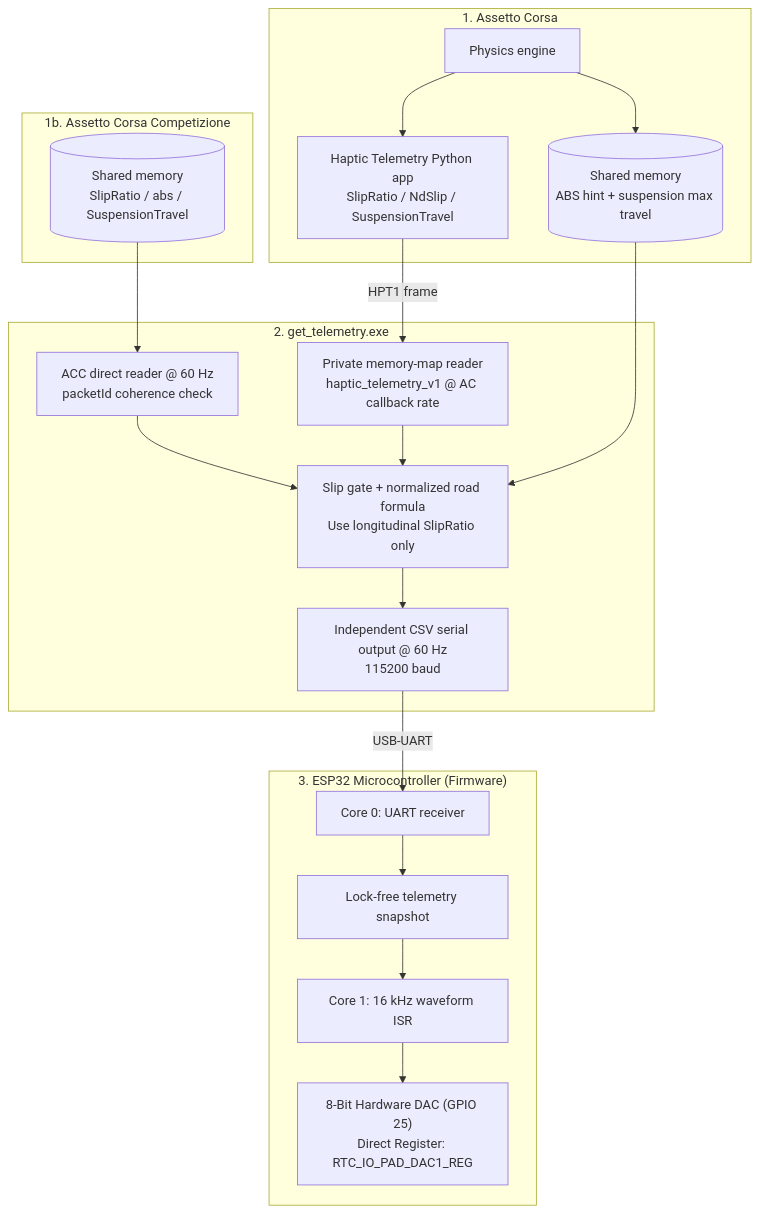
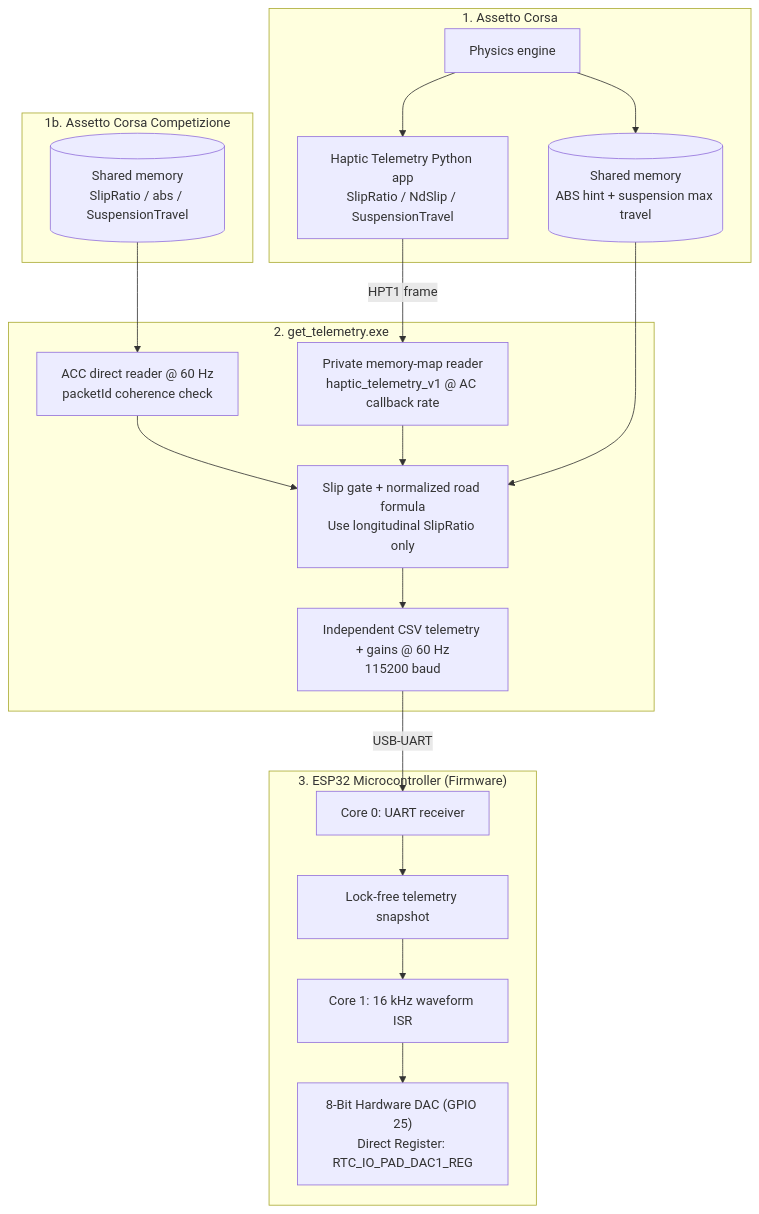
The diagram in docs/protocol.md (tminh-U/DIY-Haptic-Motor-for-Pedals), drawn with Mermaid before and after one commit. The commit also changed other lines of this file and 9 other files, not shown here.

````diff
--- a/docs/protocol.md
+++ b/docs/protocol.md
@@ -5,37 +5,37 @@
 ```mermaid
 flowchart TD
     subgraph AC ["1. Assetto Corsa"]
         Physics["Physics engine"]
         Python["Haptic Telemetry Python app\nSlipRatio / NdSlip / SuspensionTravel"]
         AbsHint[("Shared memory\nABS hint + suspension max travel")]
         Physics --> Python
         Physics --> AbsHint
     end
 
     subgraph ACC ["1b. Assetto Corsa Competizione"]
         ACCPhysics[("Shared memory\nSlipRatio / abs / SuspensionTravel")]
     end
 
     subgraph Host ["2. get_telemetry.exe"]
         Bridge["Private memory-map reader\nhaptic_telemetry_v1 @ AC callback rate"]
         ACCReader["ACC direct reader @ 60 Hz\npacketId coherence check"]
         Gate["Slip gate + normalized road formula\nUse longitudinal SlipRatio only"]
-        Serial["Independent CSV serial output @ 60 Hz\n115200 baud"]
+        Serial["Independent CSV telemetry + gains @ 60 Hz\n115200 baud"]
         Bridge --> Gate --> Serial
         ACCReader --> Gate
     end
 
     subgraph ESP ["3. ESP32 Microcontroller (Firmware)"]
         UARTCore0["Core 0: UART receiver"]
         Snapshot["Lock-free telemetry snapshot"]
         TimerCore1["Core 1: 16 kHz waveform ISR"]
         DAC["8-Bit Hardware DAC (GPIO 25)\nDirect Register: RTC_IO_PAD_DAC1_REG"]
         UARTCore0 --> Snapshot --> TimerCore1
         TimerCore1 --> DAC
     end
 
     Python -->|"HPT1 frame"| Bridge
     AbsHint --> Gate
     ACCPhysics --> ACCReader
     Serial -->|"USB-UART"| UARTCore0
 ```
````
